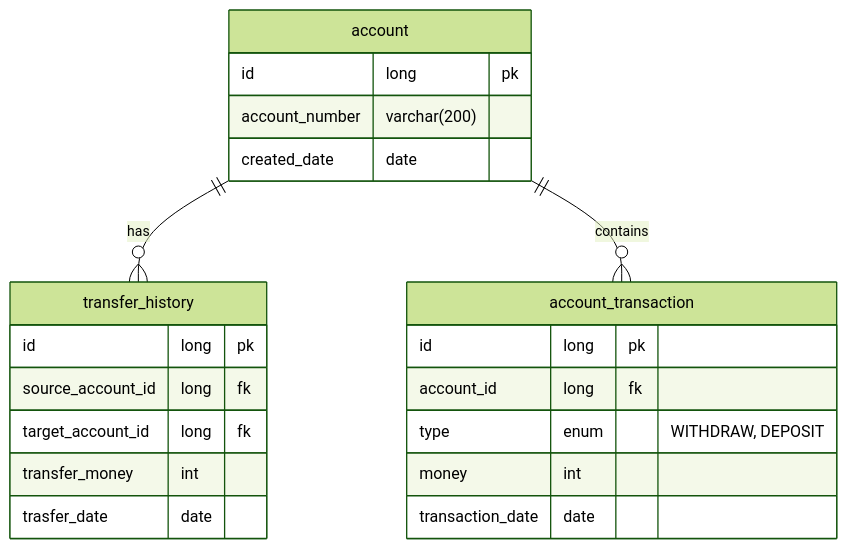
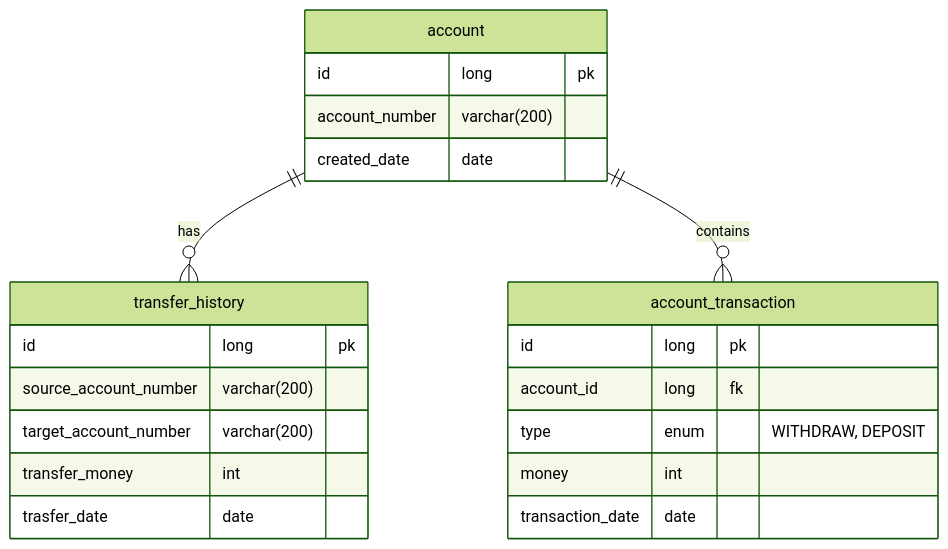
One commit to Exagonal-Study/EST-s-Payments changed the second of 2 diagrams in README.md. Above: the diagram before and after it, drawn with Mermaid (forest theme). The commit also changed other lines of this file, not shown here.

````diff
--- a/README.md
+++ b/README.md
@@ -157,27 +157,27 @@
 ```mermaid
 erDiagram
     transfer_history {
       id long pk
-      source_account_id long fk
-      target_account_id long fk
+      source_account_number varchar(200)
+      target_account_number varchar(200)
       transfer_money int
       trasfer_date date
     }
     
     account {
       id long pk
       account_number varchar(200)
       created_date date
      }
 
     account_transaction {
       id long pk
       account_id long fk
       type enum "WITHDRAW, DEPOSIT"
       money int
       transaction_date date
     }
 
     account ||--o{ transfer_history: has
     account ||--o{ account_transaction: contains
 ```
````
